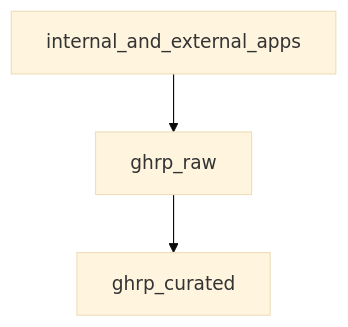
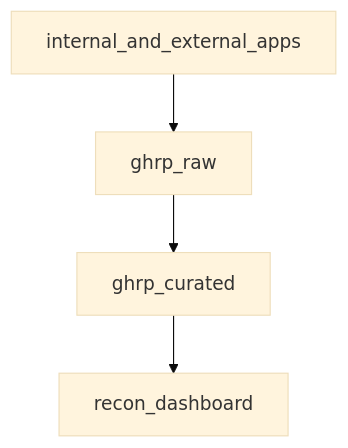
One commit to shaznishoffie/grhp-ae changed the diagram in grhp/README.md. Above: the diagram before and after it, drawn with Mermaid (base theme). The commit also changed other lines of this file and 4 other files, not shown here.

````diff
--- a/grhp/README.md
+++ b/grhp/README.md
@@ -10,5 +10,6 @@
 ```mermaid
 graph TD;
     internal_and_external_apps --> ghrp_raw;
     ghrp_raw --> ghrp_curated
+    ghrp_curated --> recon_dashboard
 ```
````
